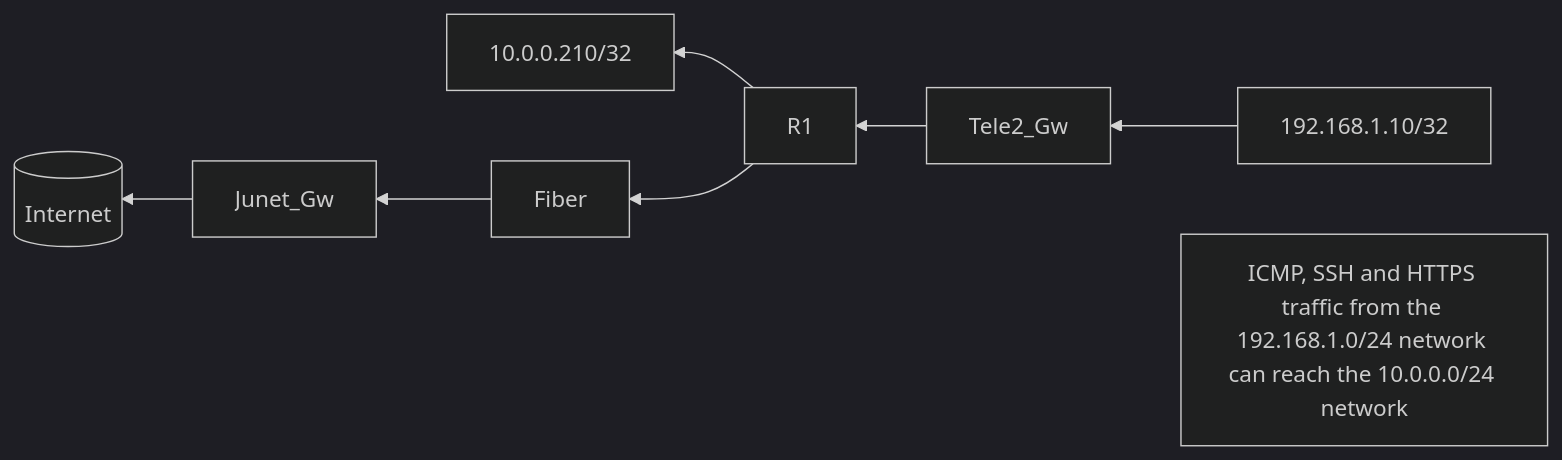
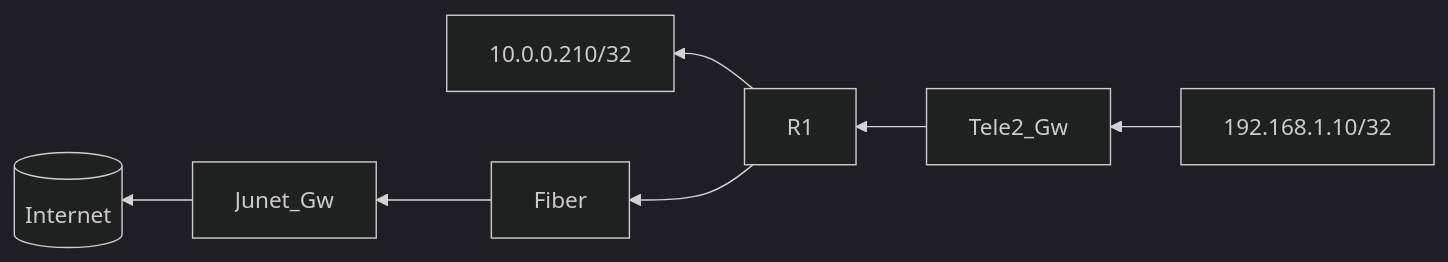
Before and after one commit to notkasim/DOCS: the first of 3 diagrams in Topology.md, drawn with Mermaid (dark theme). The commit also changed other lines of this file, not shown here.

````diff
--- a/Topology.md
+++ b/Topology.md
@@ -3,11 +3,10 @@
 ```mermaid
 graph RL;
     192.168.1.10/32-->Tele2_Gw;
     Tele2_Gw-->R1;
     R1-->10.0.0.210/32;
     R1-->Fiber;
     Fiber-->Junet_Gw;
     id2[(Internet)]
     Junet_Gw-->id2
-id1[ICMP, SSH and HTTPS traffic from the 192.168.1.0/24 network can reach the 10.0.0.0/24 network]
 ```
````
